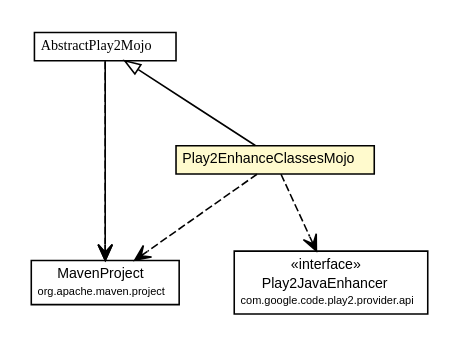
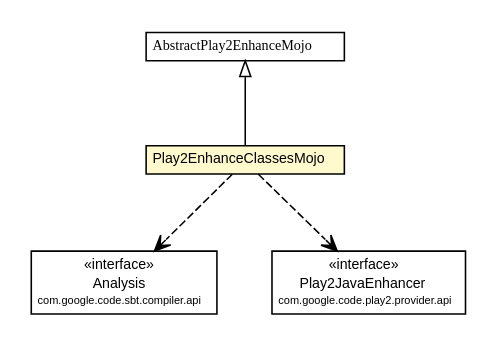
Before and after one commit to wouterhardeman/play2-maven-plugin: the diagram in mavensite/1.0.0-alpha7-SNAPSHOT/play2-maven-plugin/apidocs/com/google/code/play2/plugin/Play2EnhanceClassesMojo.dot, drawn with Graphviz. The commit also changed 660 other files, not shown here.

Commit message:
Production site for version "1.0.0-alpha7-SNAPSHOT" - updated.

```diff
--- a/mavensite/1.0.0-alpha7-SNAPSHOT/play2-maven-plugin/apidocs/com/google/code/play2/plugin/Play2EnhanceClassesMojo.dot
+++ b/mavensite/1.0.0-alpha7-SNAPSHOT/play2-maven-plugin/apidocs/com/google/code/play2/plugin/Play2EnhanceClassesMojo.dot
@@ -1,49 +1,46 @@
 #!/usr/local/bin/dot
 #
 # Class diagram 
 # Generated by UMLGraph version R5_6-24-gf6e263 (http://www.umlgraph.org/)
 #
 
 digraph G {
 	edge [fontname="arial",fontsize=10,labelfontname="arial",labelfontsize=10];
 	node [fontname="arial",fontsize=10,shape=plaintext];
 	nodesep=0.25;
 	ranksep=0.5;
 	// com.google.code.play2.plugin.Play2EnhanceClassesMojo
-	c642 [label=<<table title="com.google.code.play2.plugin.Play2EnhanceClassesMojo" border="0" cellborder="1" cellspacing="0" cellpadding="2" port="p" bgcolor="lemonChiffon" href="./Play2EnhanceClassesMojo.html">
+	c697 [label=<<table title="com.google.code.play2.plugin.Play2EnhanceClassesMojo" border="0" cellborder="1" cellspacing="0" cellpadding="2" port="p" bgcolor="lemonChiffon" href="./Play2EnhanceClassesMojo.html">
 		<tr><td><table border="0" cellspacing="0" cellpadding="1">
 <tr><td align="center" balign="center"> Play2EnhanceClassesMojo </td></tr>
 		</table></td></tr>
 		</table>>, URL="./Play2EnhanceClassesMojo.html", fontname="arial", fontcolor="black", fontsize=9.0];
-	// com.google.code.play2.plugin.AbstractPlay2Mojo
-	c654 [label=<<table title="com.google.code.play2.plugin.AbstractPlay2Mojo" border="0" cellborder="1" cellspacing="0" cellpadding="2" port="p" href="./AbstractPlay2Mojo.html">
+	// com.google.code.play2.plugin.AbstractPlay2EnhanceMojo
+	c710 [label=<<table title="com.google.code.play2.plugin.AbstractPlay2EnhanceMojo" border="0" cellborder="1" cellspacing="0" cellpadding="2" port="p" href="./AbstractPlay2EnhanceMojo.html">
 		<tr><td><table border="0" cellspacing="0" cellpadding="1">
-<tr><td align="center" balign="center"><font face="arial italic"> AbstractPlay2Mojo </font></td></tr>
+<tr><td align="center" balign="center"><font face="arial italic"> AbstractPlay2EnhanceMojo </font></td></tr>
 		</table></td></tr>
-		</table>>, URL="./AbstractPlay2Mojo.html", fontname="arial", fontcolor="black", fontsize=9.0];
-	//com.google.code.play2.plugin.Play2EnhanceClassesMojo extends com.google.code.play2.plugin.AbstractPlay2Mojo
-	c654:p -> c642:p [dir=back,arrowtail=empty];
-	// com.google.code.play2.plugin.AbstractPlay2Mojo NAVASSOC org.apache.maven.project.MavenProject
-	c654:p -> c661:p [taillabel="", label="", headlabel="", fontname="arial", fontcolor="black", fontsize=10.0, color="black", arrowhead=open];
-	// com.google.code.play2.plugin.Play2EnhanceClassesMojo DEPEND org.apache.maven.project.MavenProject
-	c642:p -> c661:p [taillabel="", label="", headlabel="", fontname="arial", fontcolor="black", fontsize=10.0, color="black", arrowhead=open, style=dashed];
+		</table>>, URL="./AbstractPlay2EnhanceMojo.html", fontname="arial", fontcolor="black", fontsize=9.0];
+	//com.google.code.play2.plugin.Play2EnhanceClassesMojo extends com.google.code.play2.plugin.AbstractPlay2EnhanceMojo
+	c710:p -> c697:p [dir=back,arrowtail=empty];
+	// com.google.code.play2.plugin.Play2EnhanceClassesMojo DEPEND com.google.code.sbt.compiler.api.Analysis
+	c697:p -> c717:p [taillabel="", label="", headlabel="", fontname="arial", fontcolor="black", fontsize=10.0, color="black", arrowhead=open, style=dashed];
 	// com.google.code.play2.plugin.Play2EnhanceClassesMojo DEPEND com.google.code.play2.provider.api.Play2JavaEnhancer
-	c642:p -> c662:p [taillabel="", label="", headlabel="", fontname="arial", fontcolor="black", fontsize=10.0, color="black", arrowhead=open, style=dashed];
-	// com.google.code.play2.plugin.AbstractPlay2Mojo DEPEND org.apache.maven.project.MavenProject
-	c654:p -> c661:p [taillabel="", label="", headlabel="", fontname="arial", fontcolor="black", fontsize=10.0, color="black", arrowhead=open, style=dashed];
+	c697:p -> c718:p [taillabel="", label="", headlabel="", fontname="arial", fontcolor="black", fontsize=10.0, color="black", arrowhead=open, style=dashed];
 	// com.google.code.play2.provider.api.Play2JavaEnhancer
-	c662 [label=<<table title="com.google.code.play2.provider.api.Play2JavaEnhancer" border="0" cellborder="1" cellspacing="0" cellpadding="2" port="p" href="https://play2-maven-plugin.googlecode.com/svn/mavensite/1.0.0-alpha6/play2-provider-api/apidocs/com/google/code/play2/provider/api/Play2JavaEnhancer.html">
+	c718 [label=<<table title="com.google.code.play2.provider.api.Play2JavaEnhancer" border="0" cellborder="1" cellspacing="0" cellpadding="2" port="p" href="https://play2-maven-plugin.googlecode.com/svn/mavensite/1.0.0-alpha7-SNAPSHOT/play2-provider-api/apidocs/com/google/code/play2/provider/api/Play2JavaEnhancer.html">
 		<tr><td><table border="0" cellspacing="0" cellpadding="1">
 <tr><td align="center" balign="center"> &#171;interface&#187; </td></tr>
 <tr><td align="center" balign="center"> Play2JavaEnhancer </td></tr>
 <tr><td align="center" balign="center"><font point-size="7.0"> com.google.code.play2.provider.api </font></td></tr>
 		</table></td></tr>
-		</table>>, URL="https://play2-maven-plugin.googlecode.com/svn/mavensite/1.0.0-alpha6/play2-provider-api/apidocs/com/google/code/play2/provider/api/Play2JavaEnhancer.html", fontname="arial", fontcolor="black", fontsize=9.0];
-	// org.apache.maven.project.MavenProject
-	c661 [label=<<table title="org.apache.maven.project.MavenProject" border="0" cellborder="1" cellspacing="0" cellpadding="2" port="p" href="http://maven.apache.org/ref/2.2.1/maven-project/apidocs/org/apache/maven/project/MavenProject.html">
+		</table>>, URL="https://play2-maven-plugin.googlecode.com/svn/mavensite/1.0.0-alpha7-SNAPSHOT/play2-provider-api/apidocs/com/google/code/play2/provider/api/Play2JavaEnhancer.html", fontname="arial", fontcolor="black", fontsize=9.0];
+	// com.google.code.sbt.compiler.api.Analysis
+	c717 [label=<<table title="com.google.code.sbt.compiler.api.Analysis" border="0" cellborder="1" cellspacing="0" cellpadding="2" port="p">
 		<tr><td><table border="0" cellspacing="0" cellpadding="1">
-<tr><td align="center" balign="center"> MavenProject </td></tr>
-<tr><td align="center" balign="center"><font point-size="7.0"> org.apache.maven.project </font></td></tr>
+<tr><td align="center" balign="center"> &#171;interface&#187; </td></tr>
+<tr><td align="center" balign="center"> Analysis </td></tr>
+<tr><td align="center" balign="center"><font point-size="7.0"> com.google.code.sbt.compiler.api </font></td></tr>
 		</table></td></tr>
-		</table>>, URL="http://maven.apache.org/ref/2.2.1/maven-project/apidocs/org/apache/maven/project/MavenProject.html", fontname="arial", fontcolor="black", fontsize=9.0];
+		</table>>, URL="null", fontname="arial", fontcolor="black", fontsize=9.0];
 }
```
